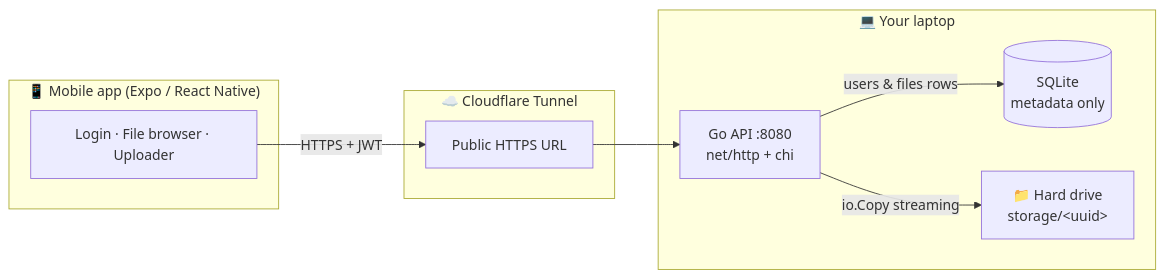
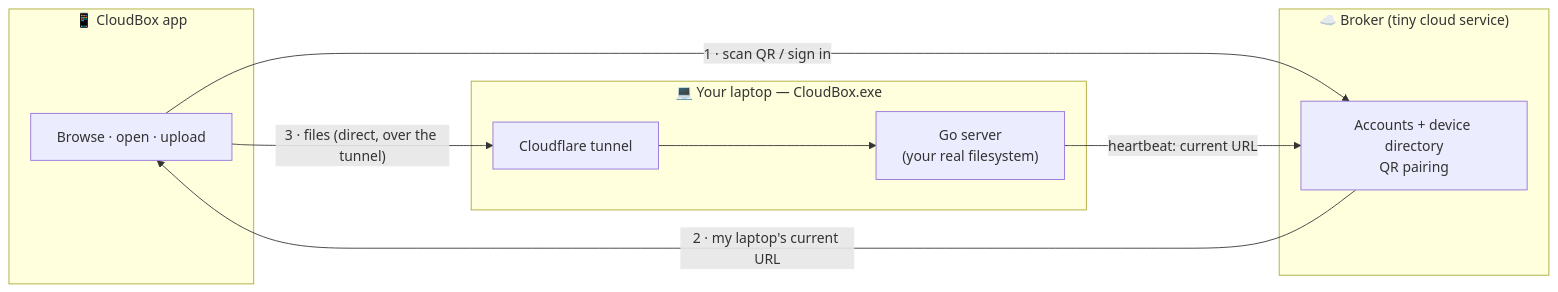
One commit to VEER-TARGARYEN/cloudbox changed the diagram in README.md. Above: the diagram before and after it, drawn with Mermaid. The commit also changed other lines of this file, not shown here.

Commit message:
README: lead with QR-pairing / whole-PC access story

````diff
--- a/README.md
+++ b/README.md
@@ -32,18 +42,18 @@
 ```mermaid
 flowchart LR
-    subgraph Phone["📱 Mobile app (Expo / React Native)"]
-        UI["Login · File browser · Uploader"]
+    subgraph Phone["📱 CloudBox app"]
+        UI["Browse · open · upload"]
     end
-    subgraph Edge["☁️ Cloudflare Tunnel"]
-        T["Public HTTPS URL"]
+    subgraph Cloud["☁️ Broker (tiny cloud service)"]
+        B["Accounts + device directory<br/>QR pairing"]
     end
-    subgraph Laptop["💻 Your laptop"]
-        API["Go API :8080<br/>net/http + chi"]
-        DB[("SQLite<br/>metadata only")]
-        FS["📁 Hard drive<br/>storage/&lt;uuid&gt;"]
+    subgraph Laptop["💻 Your laptop — CloudBox.exe"]
+        S["Go server<br/>(your real filesystem)"]
+        T["Cloudflare tunnel"]
     end
 
-    UI -- "HTTPS + JWT" --> T --> API
-    API -- "users & files rows" --> DB
-    API -- "io.Copy streaming" --> FS
+    UI -- "1 · scan QR / sign in" --> B
+    B -- "2 · my laptop's current URL" --> UI
+    UI -- "3 · files (direct, over the tunnel)" --> T --> S
+    S -- "heartbeat: current URL" --> B
 ```
````
